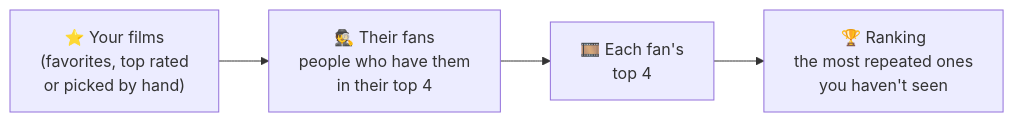
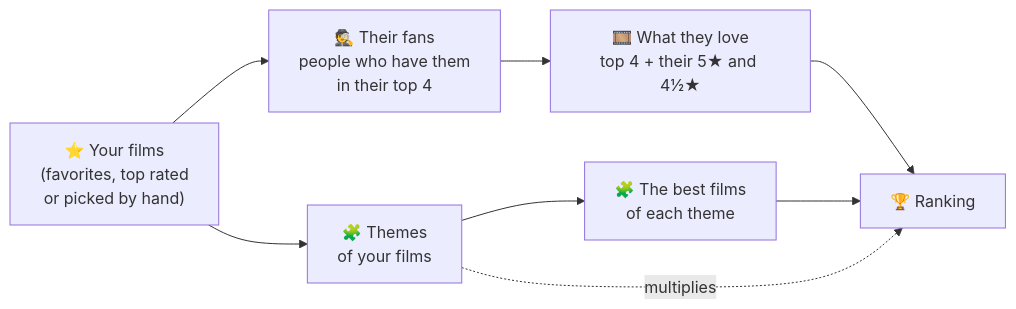
Before and after one commit to luchofariello/letterbox-pelis-recomendation: the diagram in README.en.md, drawn with Mermaid. The commit also changed other lines of this file and 3 other files, not shown here.

````diff
--- a/README.en.md
+++ b/README.en.md
@@ -59,6 +62,10 @@
 ```mermaid
 flowchart LR
     A["⭐ Your films<br/>(favorites, top rated<br/>or picked by hand)"] --> B["🕵️ Their fans<br/>people who have them<br/>in their top 4"]
-    B --> C["🎞️ Each fan's<br/>top 4"]
-    C --> D["🏆 Ranking<br/>the most repeated ones<br/>you haven't seen"]
+    B --> C["🎞️ What they love<br/>top 4 + their 5★ and 4½★"]
+    A --> T["🧩 Themes<br/>of your films"]
+    T --> U["🧩 The best films<br/>of each theme"]
+    C --> D["🏆 Ranking"]
+    U --> D
+    T -. "multiplies" .-> D
 ```
````
